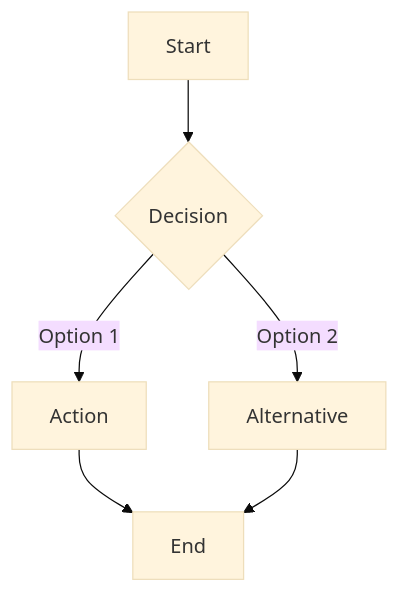
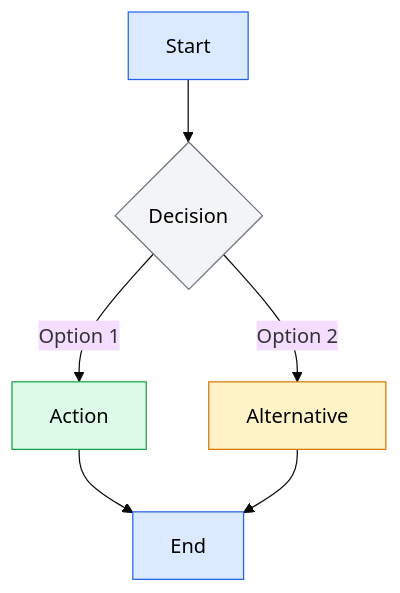
The second of 6 diagrams in claude/sdd-tools/skills/create-spec/references/templates/full-tech.md (sequenzia/agent-alchemy), drawn with Mermaid (base theme) before and after one commit. The commit also changed other lines of this file and 7 other files, not shown here.

First line of the commit message:
feat(core-tools): integrate technical-diagrams skill across ecosystem

````diff
--- a/claude/sdd-tools/skills/create-spec/references/templates/full-tech.md
+++ b/claude/sdd-tools/skills/create-spec/references/templates/full-tech.md
@@ -76,8 +81,13 @@
 ```mermaid
-graph TD
-    A[Start] --> B{Decision}
-    B -->|Option 1| C[Action]
-    B -->|Option 2| D[Alternative]
-    C --> E[End]
+flowchart TD
+    A[Start]:::primary --> B{Decision}:::neutral
+    B -->|Option 1| C[Action]:::success
+    B -->|Option 2| D[Alternative]:::warning
+    C --> E[End]:::primary
     D --> E
+
+    classDef primary fill:#dbeafe,stroke:#2563eb,color:#000
+    classDef success fill:#dcfce7,stroke:#16a34a,color:#000
+    classDef warning fill:#fef3c7,stroke:#d97706,color:#000
+    classDef neutral fill:#f3f4f6,stroke:#6b7280,color:#000
 ```
````
